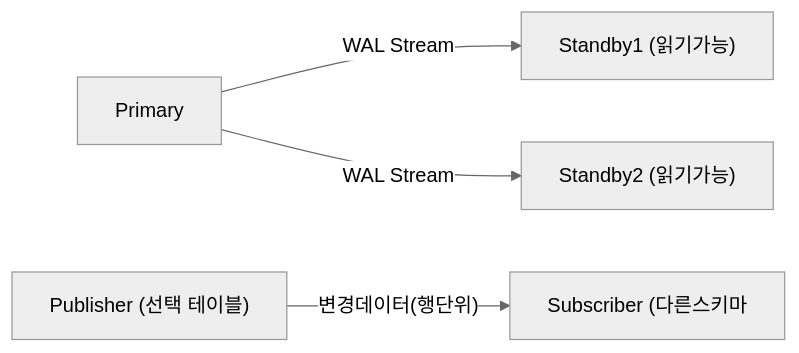
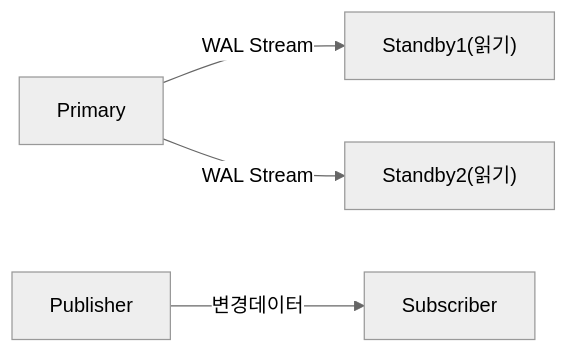
Diagram 13 of 15 in _posts/db/2026-05-01-db-comparison.md (yjkim2015/yjkim2015.github.io), drawn with Mermaid (neutral theme) before and after one commit. The commit also changed other lines of this file and 245 other files, not shown here.

First line of the commit message:
Mermaid 다이어그램 전면 수정 + 면접 포인트 접기/펼치기 + DB 데드락 페이지

````diff
--- a/_posts/db/2026-05-01-db-comparison.md
+++ b/_posts/db/2026-05-01-db-comparison.md
@@ -373,6 +371,6 @@
 ```mermaid
 graph LR
-    P1["Primary"] -->|WAL Stream| S1["Standby1 (읽기가능)"]
-    P1 -->|WAL Stream| S2["Standby2 (읽기가능)"]
-    PUB["Publisher (선택 테이블)"] -->|"변경데이터(행단위)"| SUB["Subscriber (다른스키마"]
+    P1["Primary"] -->|"WAL Stream"| S1["Standby1(읽기)"]
+    P1 -->|"WAL Stream"| S2["Standby2(읽기)"]
+    PUB["Publisher"] -->|"변경데이터"| SUB["Subscriber"]
 ```
````
